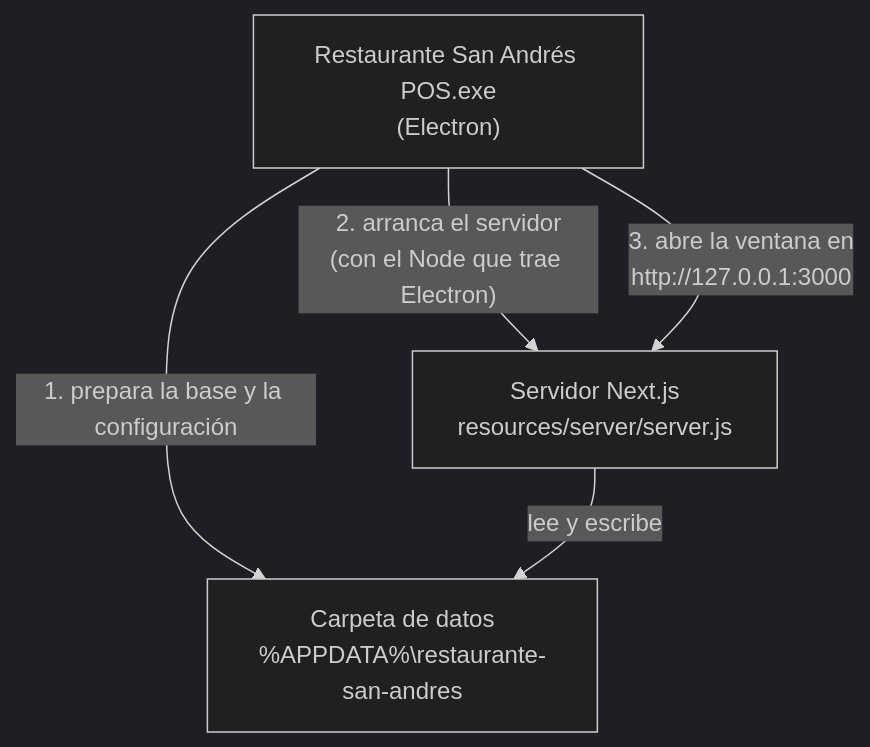
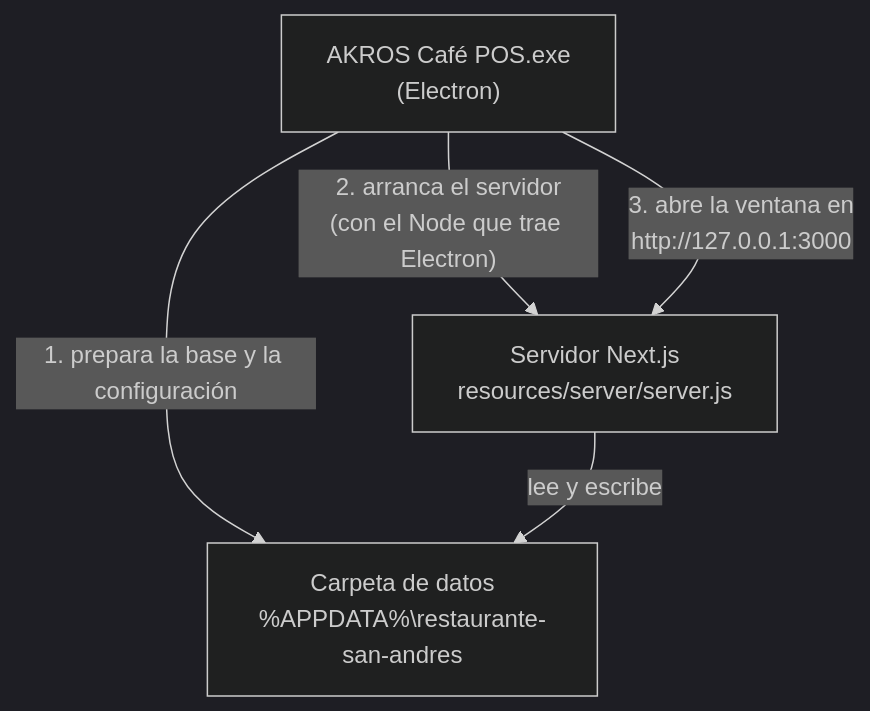
One commit to agustinamade6-dev/restaurante-san-andres changed the diagram in docs/conocimiento/07-app-de-escritorio.md. Above: the diagram before and after it, drawn with Mermaid (dark theme). The commit also changed other lines of this file, not shown here.

First line of the commit message:
docs(conocimiento): app de escritorio con el nombre AKROS Café

````diff
--- a/docs/conocimiento/07-app-de-escritorio.md
+++ b/docs/conocimiento/07-app-de-escritorio.md
@@ -13,7 +13,7 @@
 ```mermaid
 flowchart TB
-    EXE["Restaurante San Andrés POS.exe<br/>(Electron)"] -- "1. prepara la base y la configuración" --> DATA
+    EXE["AKROS Café POS.exe<br/>(Electron)"] -- "1. prepara la base y la configuración" --> DATA
     EXE -- "2. arranca el servidor<br/>(con el Node que trae Electron)" --> SRV["Servidor Next.js<br/>resources/server/server.js"]
     SRV -- "lee y escribe" --> DATA["Carpeta de datos<br/>%APPDATA%\restaurante-san-andres"]
     EXE -- "3. abre la ventana en<br/>http://127.0.0.1:3000" --> SRV
 ```
````
